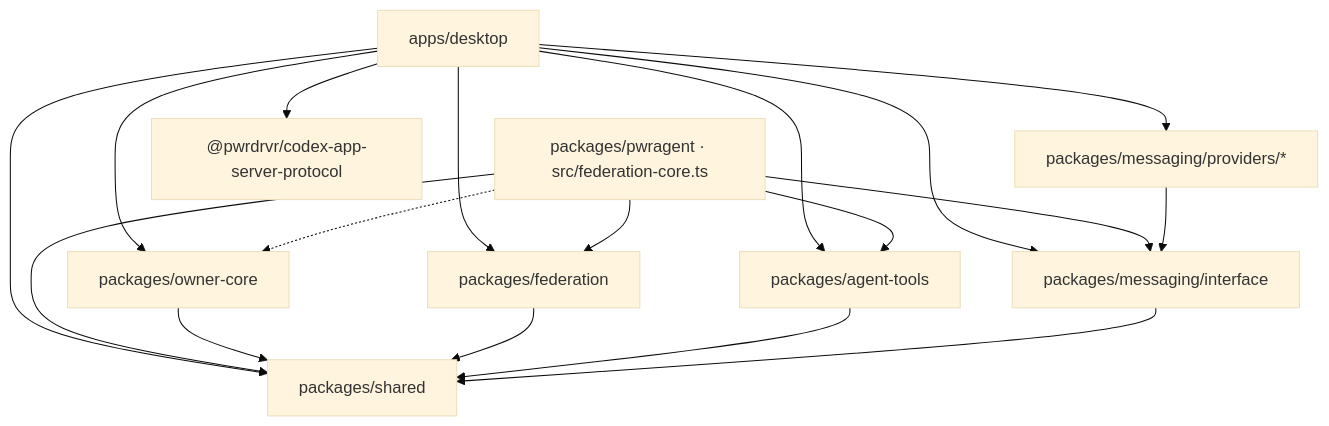
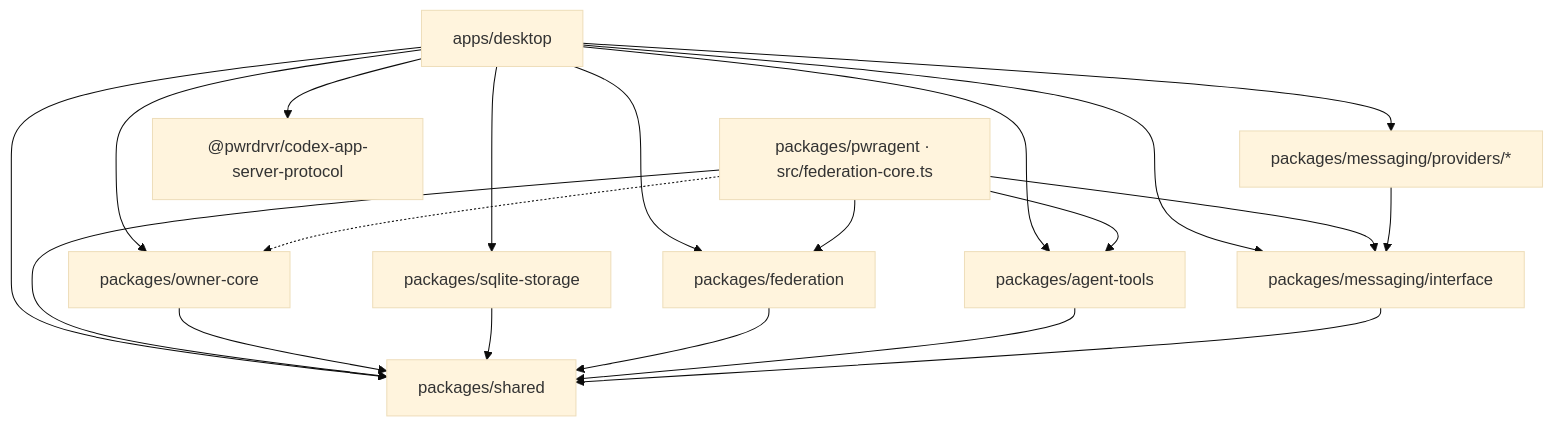
One commit to pwrdrvr/PwrAgent changed the fifth of 5 diagrams in ARCHITECTURE.md. Above: the diagram before and after it, drawn with Mermaid (base theme). The commit also changed other lines of this file and 58 other files, not shown here.

Commit message:
refactor(desktop): share profile SQLite schema and migrations

````diff
--- a/ARCHITECTURE.md
+++ b/ARCHITECTURE.md
@@ -532,29 +541,32 @@
 ```mermaid
 graph TB
     DesktopApp["apps/desktop"]
     Outpost["packages/pwragent · src/federation-core.ts"]
     OwnerCore["packages/owner-core"]
+    SqliteStorage["packages/sqlite-storage"]
     Federation["packages/federation"]
     AgentTools["packages/agent-tools"]
     MsgProviders["packages/messaging/providers/*"]
     MsgInterface["packages/messaging/interface"]
     Shared["packages/shared"]
 
     DesktopApp --> MsgProviders
     DesktopApp --> MsgInterface
     DesktopApp --> Shared
     DesktopApp --> Federation
     DesktopApp --> AgentTools
     DesktopApp --> OwnerCore
+    DesktopApp --> SqliteStorage
     DesktopApp --> CodexProto["@pwrdrvr/codex-app-server-protocol"]
     Outpost --> Federation
     Outpost --> AgentTools
     Outpost --> Shared
     Outpost --> MsgInterface
     Outpost -.-> OwnerCore
     OwnerCore --> Shared
+    SqliteStorage --> Shared
     Federation --> Shared
     AgentTools --> Shared
     MsgProviders --> MsgInterface
     MsgInterface --> Shared
 ```
````
